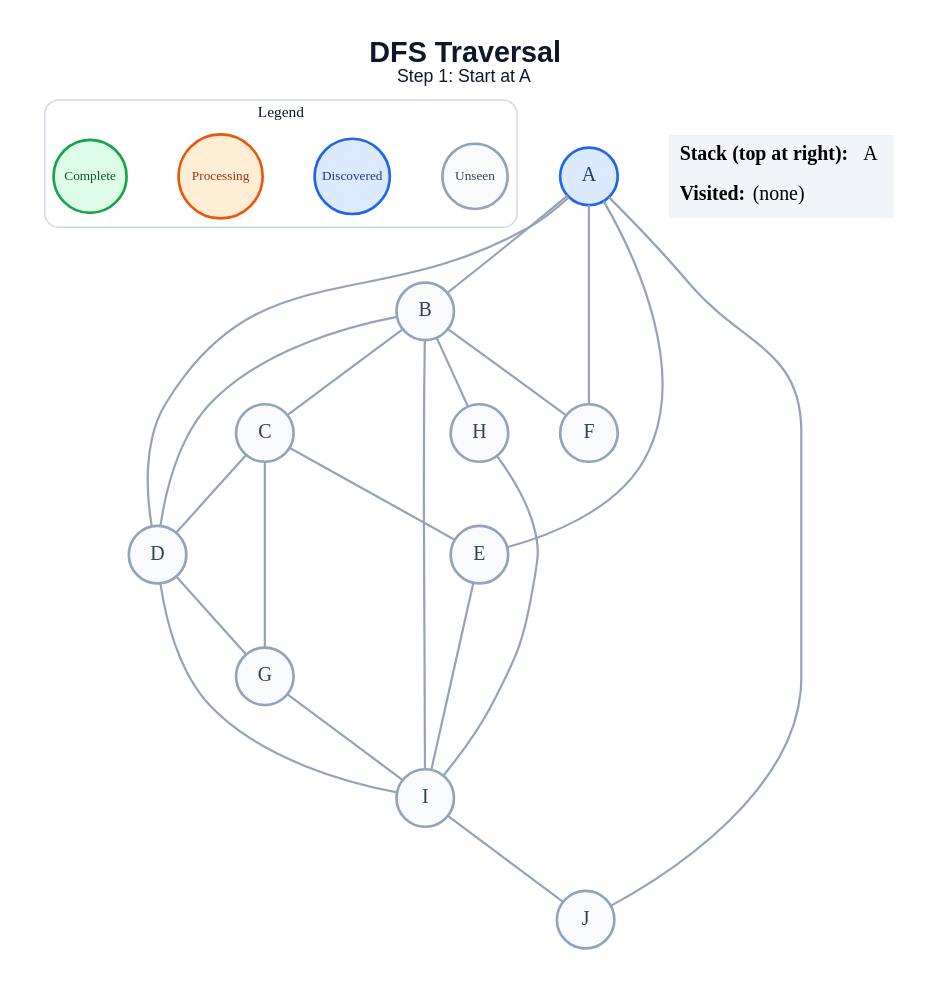
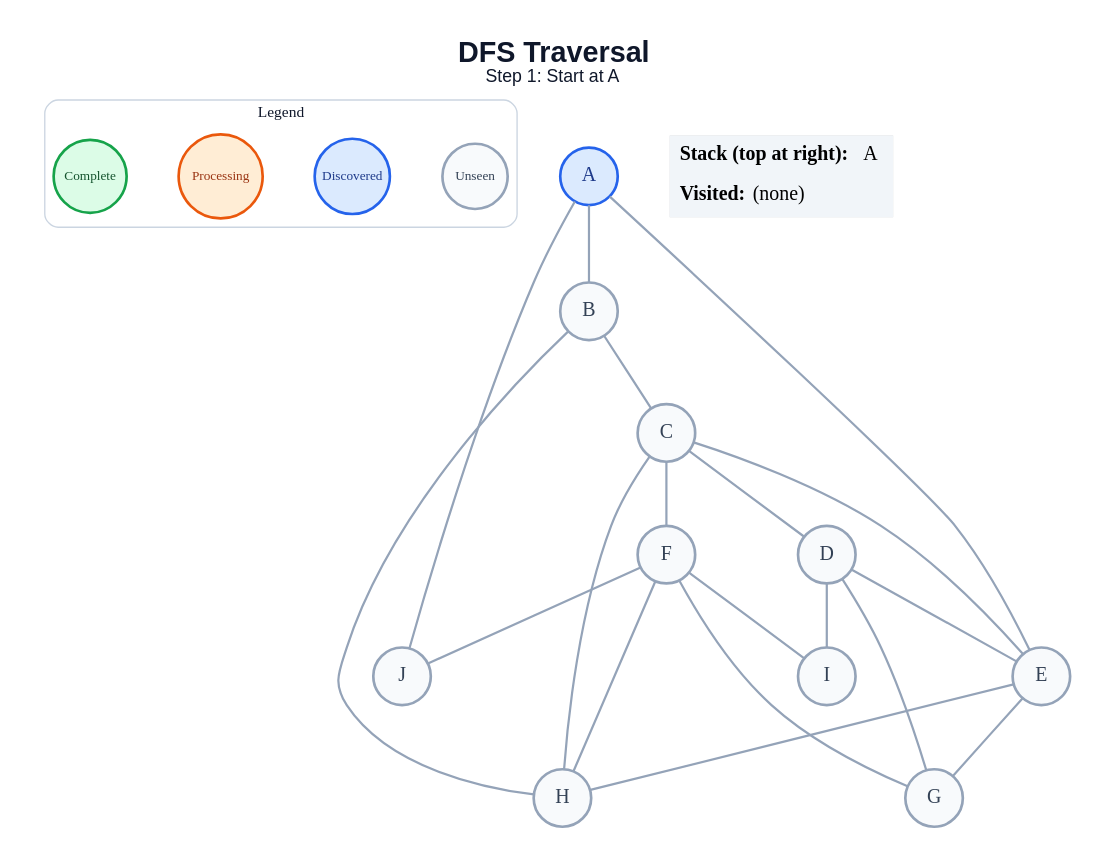
One commit to amanghodawala9/ai-slop changed the diagram in generated/dfs/step_01.dot. Above: the diagram before and after it, drawn with Graphviz. The commit also changed 178 other files, not shown here.

```diff
--- a/generated/dfs/step_01.dot
+++ b/generated/dfs/step_01.dot
@@ -1,48 +1,47 @@
 graph traversal {
   graph [layout=dot, rankdir=TB, bgcolor="#FFFFFF", pad="0.35", nodesep="0.65", ranksep="0.8", fontname="Arial"];
   node [shape=circle, style="filled", fontname="Arial Bold", fontsize=18, width=0.72, fixedsize=true, penwidth=2.4];
   edge [color="#94A3B8", penwidth=2.0];
   label=<<B>DFS Traversal</B><BR/><FONT POINT-SIZE="16">Step 1: Start at A</FONT>>; labelloc="t"; fontsize=26; fontname="Arial"; fontcolor="#0F172A";
   subgraph cluster_legend { label="Legend"; color="#CBD5E1"; penwidth=1.2; style="rounded"; fontsize=14; fontname="Arial Bold";
     key_unseen [label="Unseen", fillcolor="#F8FAFC", color="#94A3B8", fontcolor="#334155", fontsize=12, width=0.82];
     key_frontier [label="Discovered", fillcolor="#DBEAFE", color="#2563EB", fontcolor="#1E3A8A", fontsize=12, width=0.95];
     key_current [label="Processing", fillcolor="#FFEDD5", color="#EA580C", fontcolor="#9A3412", fontsize=12, width=1.05];
     key_done [label="Complete", fillcolor="#DCFCE7", color="#16A34A", fontcolor="#14532D", fontsize=12, width=0.92];
     { rank=same; key_unseen; key_frontier; key_current; key_done; }
   }
   A [fillcolor="#DBEAFE", color="#2563EB", fontcolor="#1E3A8A"];
   B [fillcolor="#F8FAFC", color="#94A3B8", fontcolor="#334155"];
   C [fillcolor="#F8FAFC", color="#94A3B8", fontcolor="#334155"];
   D [fillcolor="#F8FAFC", color="#94A3B8", fontcolor="#334155"];
   E [fillcolor="#F8FAFC", color="#94A3B8", fontcolor="#334155"];
   F [fillcolor="#F8FAFC", color="#94A3B8", fontcolor="#334155"];
   G [fillcolor="#F8FAFC", color="#94A3B8", fontcolor="#334155"];
   H [fillcolor="#F8FAFC", color="#94A3B8", fontcolor="#334155"];
   I [fillcolor="#F8FAFC", color="#94A3B8", fontcolor="#334155"];
   J [fillcolor="#F8FAFC", color="#94A3B8", fontcolor="#334155"];
   A -- B;
-  A -- D;
   A -- E;
-  A -- F;
   A -- J;
   B -- C;
-  B -- D;
-  B -- F;
   B -- H;
-  B -- I;
   C -- D;
   C -- E;
-  C -- G;
+  C -- F;
+  C -- H;
+  D -- E;
   D -- G;
   D -- I;
-  E -- I;
-  G -- I;
-  H -- I;
-  I -- J;
+  E -- G;
+  E -- H;
+  F -- G;
+  F -- H;
+  F -- I;
+  F -- J;
   status [shape=plain, fixedsize=false, width=0, height=0, margin=0, label=<
     <TABLE BORDER="0" CELLBORDER="0" CELLPADDING="7" BGCOLOR="#F1F5F9">
       <TR><TD ALIGN="LEFT"><B>Stack (top at right):</B> A</TD></TR>
       <TR><TD ALIGN="LEFT"><B>Visited:</B> (none)</TD></TR>
     </TABLE>
   >];
 }
```
